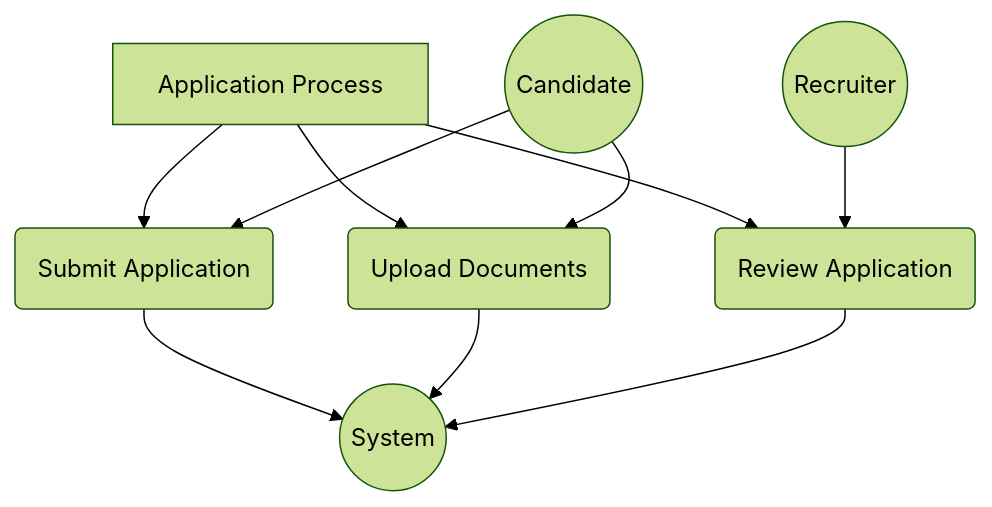
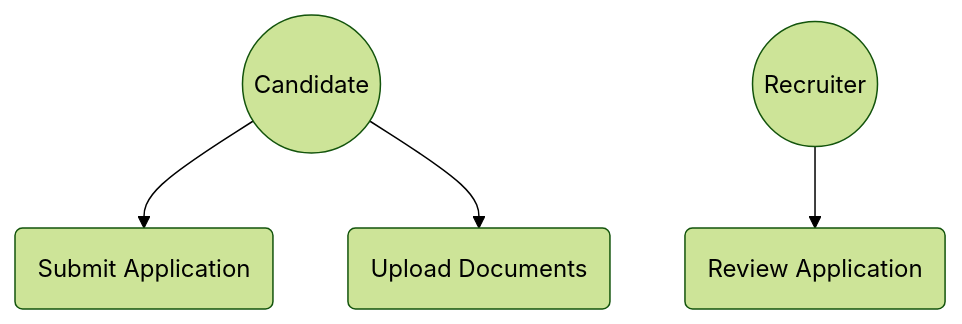
One commit to rgarciademarina/AI4Devs-design-rgm changed the fifth of 26 diagrams in LTI-JACA/LTI-JACA.md. Above: the diagram before and after it, drawn with Mermaid (forest theme). The commit also changed other lines of this file and 1 other file, not shown here.

Commit message:
Improve diagrams after feedback provided in class to make them more consistent

````diff
--- a/LTI-JACA/LTI-JACA.md
+++ b/LTI-JACA/LTI-JACA.md
@@ -576,15 +544,6 @@
 ```mermaid
 graph TD
-    A[Application Process]
-    A --> B(Submit Application)
-    A --> C(Upload Documents)
-    A --> D(Review Application)
-    
-    B --> E((System))
-    C --> E
-    D --> E
-    
-    F((Candidate)) --> B
-    F --> C
-    G((Recruiter)) --> D
+    F((Candidate)) --> B(Submit Application)
+    F --> C(Upload Documents)
+    G((Recruiter)) --> D(Review Application)
 ```
````
